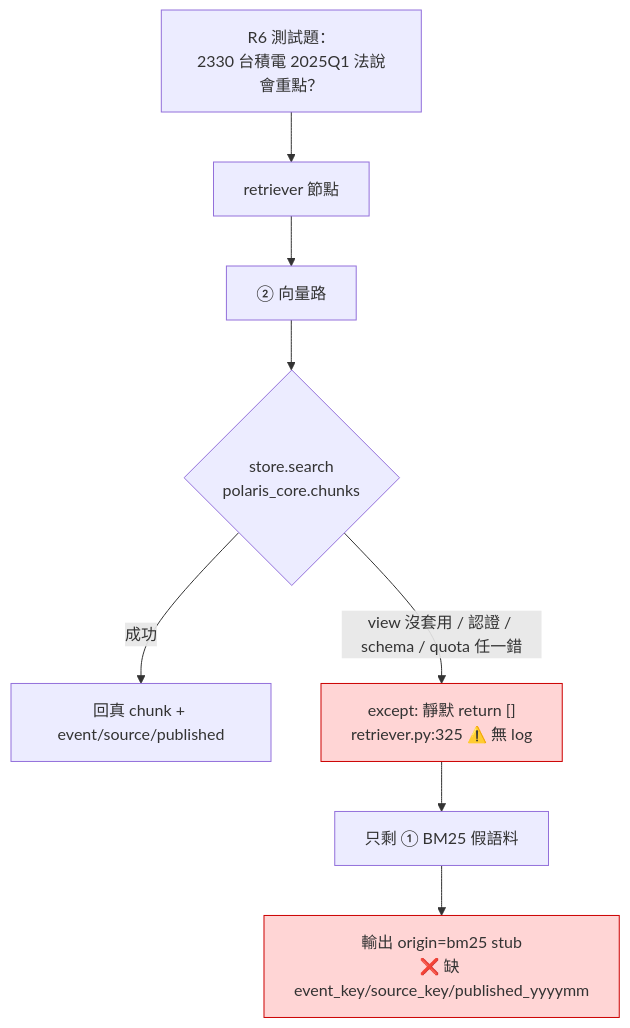
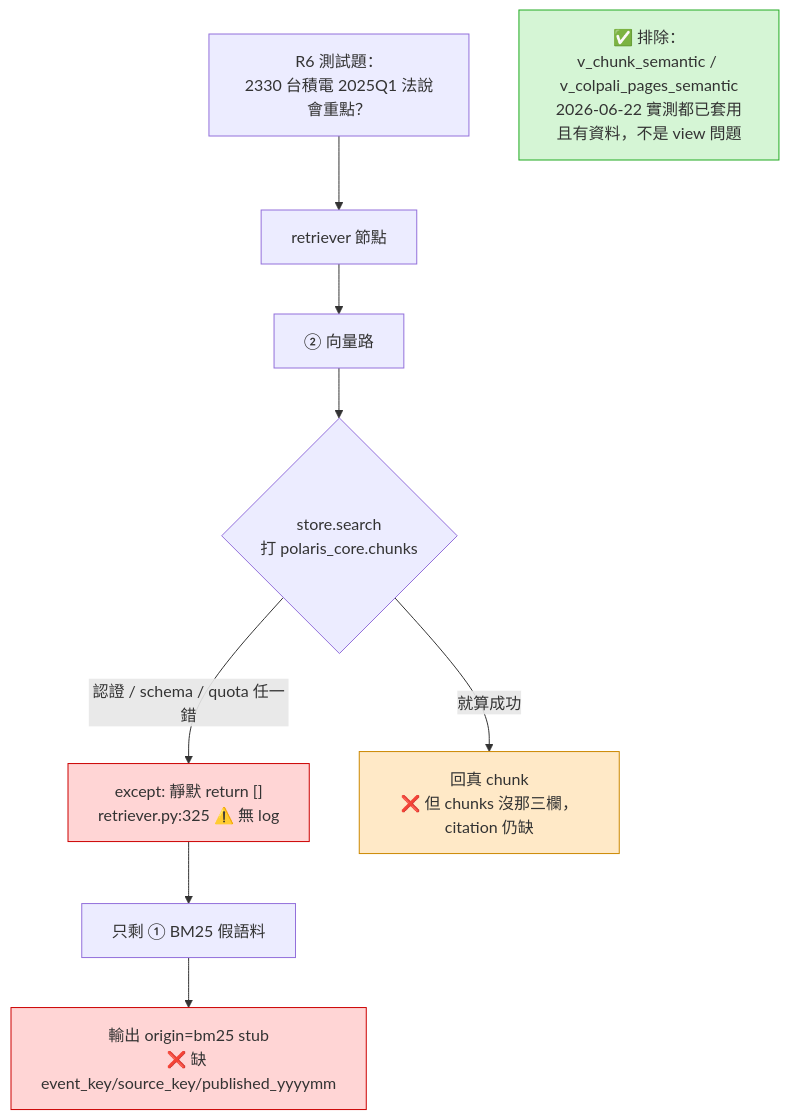
One commit to holajennytw/polaris-desk changed the third of 3 diagrams in docs/架構_檢索路徑與ask流程.md. Above: the diagram before and after it, drawn with Mermaid. The commit also changed other lines of this file, not shown here.

First line of the commit message:
docs(retrieval): 線上實測校準 — 兩個 semantic view 已套用,真因收斂為 chunks 缺欄 + 靜默 except

````diff
--- a/docs/架構_檢索路徑與ask流程.md
+++ b/docs/架構_檢索路徑與ask流程.md
@@ -93,13 +101,17 @@
 ```mermaid
 flowchart TD
     Q["R6 測試題：<br/>2330 台積電 2025Q1 法說會重點？"] --> RN[retriever 節點]
     RN --> VEC[② 向量路]
-    VEC --> TRY{store.search<br/>polaris_core.chunks}
-    TRY -->|成功| GOOD[回真 chunk + event/source/published]
-    TRY -->|view 沒套用 / 認證 / schema / quota 任一錯| EXC["except: 靜默 return []<br/>retriever.py:325 ⚠️ 無 log"]
+    VEC --> TRY{store.search<br/>打 polaris_core.chunks}
+    TRY -->|認證 / schema / quota 任一錯| EXC["except: 靜默 return []<br/>retriever.py:325 ⚠️ 無 log"]
+    TRY -->|就算成功| GOOD["回真 chunk<br/>❌ 但 chunks 沒那三欄，citation 仍缺"]
     EXC --> ONLY[只剩 ① BM25 假語料]
     ONLY --> STUBOUT["輸出 origin=bm25 stub<br/>❌ 缺 event_key/source_key/published_yyyymm"]
 
+    NOTE["✅ 排除：v_chunk_semantic / v_colpali_pages_semantic<br/>2026-06-22 實測都已套用且有資料，不是 view 問題"]
+
     style EXC fill:#ffd5d5,stroke:#cc0000
+    style GOOD fill:#ffe9c7,stroke:#cc8800
     style STUBOUT fill:#ffd5d5,stroke:#cc0000
+    style NOTE fill:#d5f5d5,stroke:#22aa22
 ```
````
